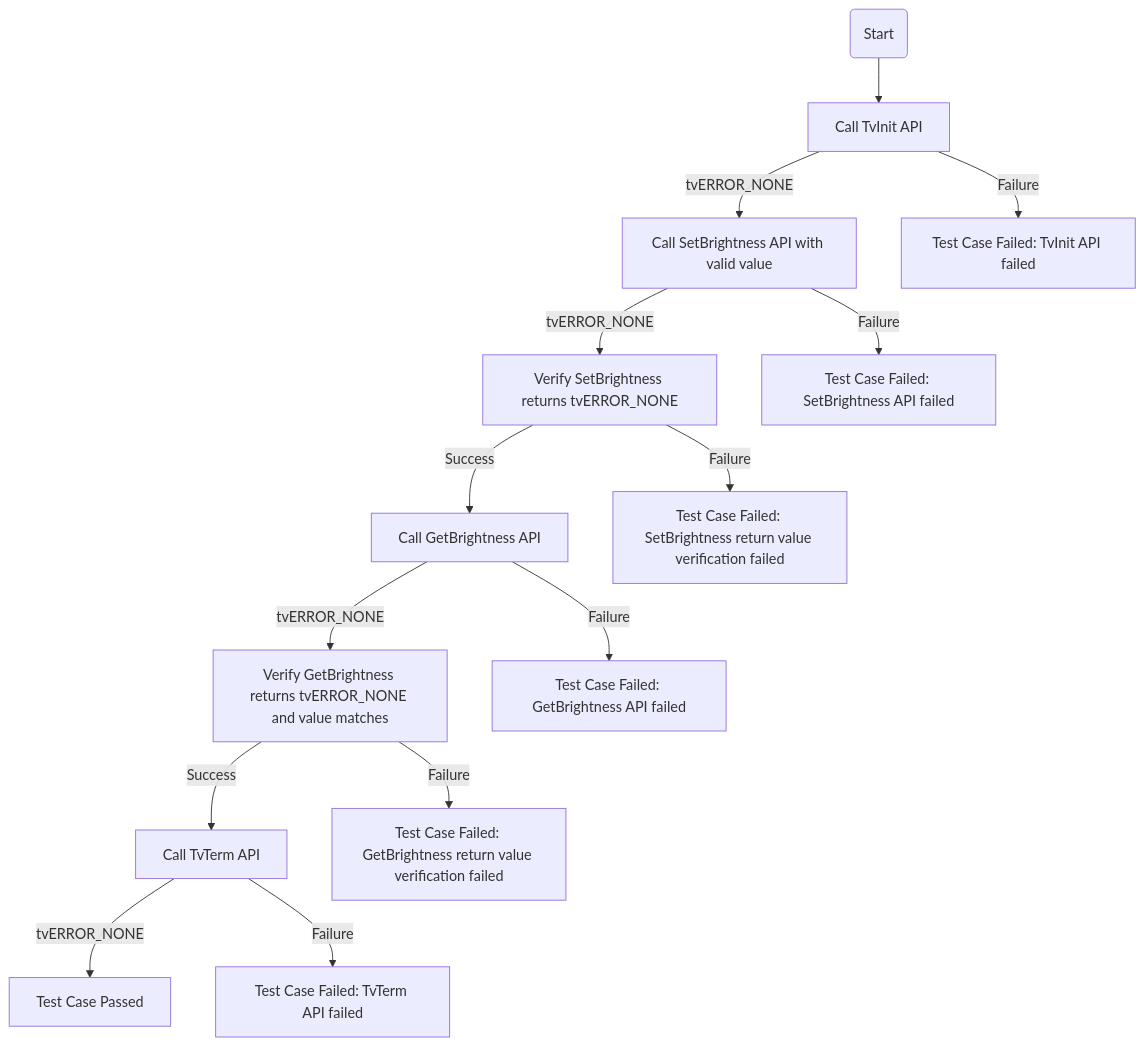
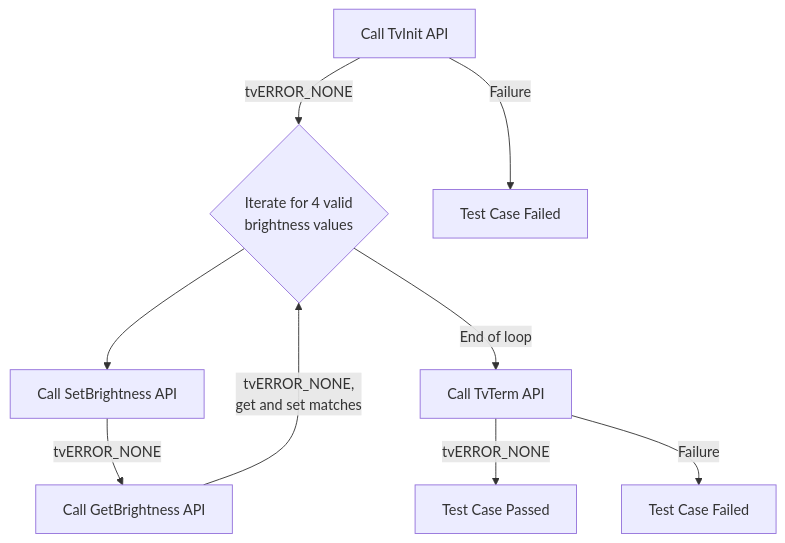
One commit to rdkcentral/rdkv-halif-test-tvsettings changed diagram 13 of 48 in docs/pages/tvSettings_L2_Low-Level_TestSpecification.md. Above: the diagram before and after it, drawn with Mermaid. The commit also changed other lines of this file and 1 other file, not shown here.

````diff
--- a/docs/pages/tvSettings_L2_Low-Level_TestSpecification.md
+++ b/docs/pages/tvSettings_L2_Low-Level_TestSpecification.md
@@ -625,16 +619,11 @@
 ```mermaid
 graph TB
-    Start(Start) --> Step1[Call TvInit API]
-    Step1 -->|tvERROR_NONE| Step2[Call SetBrightness API with valid value]
-    Step1 -->|Failure| Fail1[Test Case Failed: TvInit API failed]
-    Step2 -->|tvERROR_NONE| Step3[Verify SetBrightness returns tvERROR_NONE]
-    Step2 -->|Failure| Fail2[Test Case Failed: SetBrightness API failed]
-    Step3 -->|Success| Step4[Call GetBrightness API]
-    Step3 -->|Failure| Fail3[Test Case Failed: SetBrightness return value verification failed]
-    Step4 -->|tvERROR_NONE| Step5[Verify GetBrightness returns tvERROR_NONE and value matches]
-    Step4 -->|Failure| Fail4[Test Case Failed: GetBrightness API failed]
-    Step5 -->|Success| Step6[Call TvTerm API]
-    Step5 -->|Failure| Fail5[Test Case Failed: GetBrightness return value verification failed]
+    Step1[Call TvInit API]-->|tvERROR_NONE| Step3{Iterate for 4 valid <br> brightness values }
+    Step3 -->Step2[Call SetBrightness API]
+    Step1 -->|Failure| Fail1[Test Case Failed]
+    Step2 -->|tvERROR_NONE| Step4[Call GetBrightness API]
+    Step4 -->|tvERROR_NONE,<br> get and set matches| Step3
+    Step3 -->|End of loop| Step6[Call TvTerm API]
     Step6 -->|tvERROR_NONE| End[Test Case Passed]
-    Step6 -->|Failure| Fail6[Test Case Failed: TvTerm API failed]
+    Step6 -->|Failure| Fail6[Test Case Failed]
 ```
````
